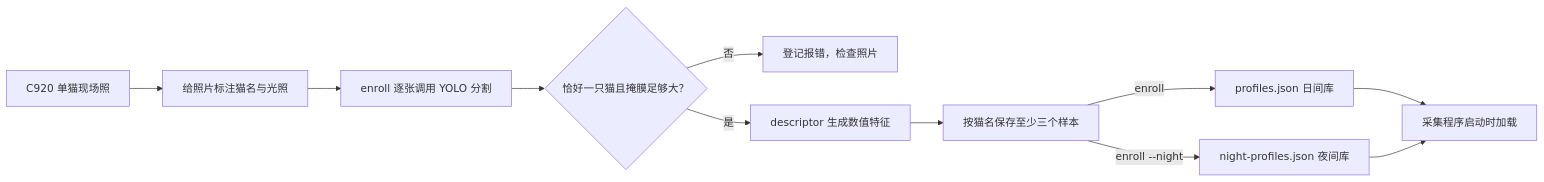
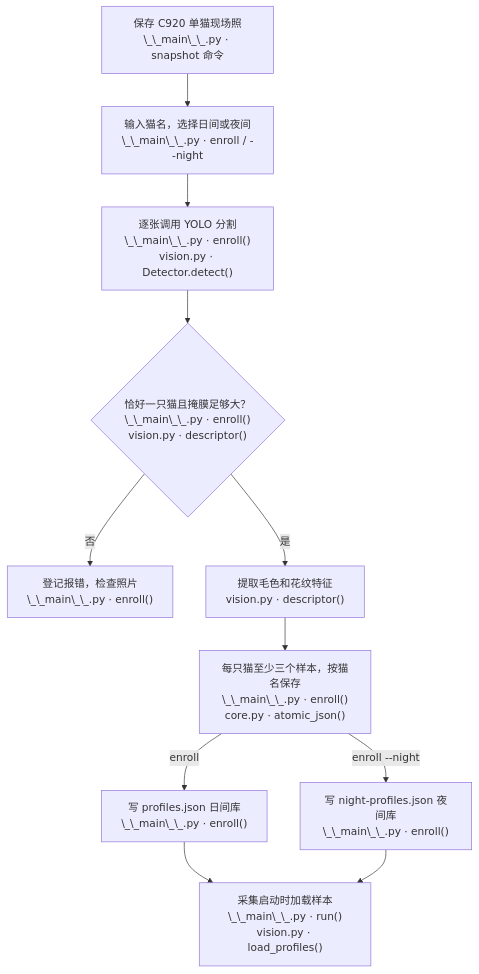
The third of 4 diagrams in docs/CODE_LEARNING_GUIDE.md (hygambler/double-cat-monitor), drawn with Mermaid before and after one commit. The commit also changed other lines of this file, not shown here.

Commit message:
docs: label workflow diagrams with Python files

````diff
--- a/docs/CODE_LEARNING_GUIDE.md
+++ b/docs/CODE_LEARNING_GUIDE.md
@@ -123,13 +126,13 @@
 ```mermaid
-flowchart LR
-    A["C920 单猫现场照"] --> B["给照片标注猫名与光照"]
-    B --> C["enroll 逐张调用 YOLO 分割"]
-    C --> D{"恰好一只猫且掩膜足够大？"}
-    D -->|"否"| E["登记报错，检查照片"]
-    D -->|"是"| F["descriptor 生成数值特征"]
-    F --> G["按猫名保存至少三个样本"]
-    G -->|"enroll"| H["profiles.json 日间库"]
-    G -->|"enroll --night"| I["night-profiles.json 夜间库"]
-    H --> J["采集程序启动时加载"]
+flowchart TD
+    A["保存 C920 单猫现场照<br/>\_\_main\_\_.py · snapshot 命令"] --> B["输入猫名，选择日间或夜间<br/>\_\_main\_\_.py · enroll / --night"]
+    B --> C["逐张调用 YOLO 分割<br/>\_\_main\_\_.py · enroll()<br/>vision.py · Detector.detect()"]
+    C --> D{"恰好一只猫且掩膜足够大？<br/>\_\_main\_\_.py · enroll()<br/>vision.py · descriptor()"}
+    D -->|"否"| E["登记报错，检查照片<br/>\_\_main\_\_.py · enroll()"]
+    D -->|"是"| F["提取毛色和花纹特征<br/>vision.py · descriptor()"]
+    F --> G["每只猫至少三个样本，按猫名保存<br/>\_\_main\_\_.py · enroll()<br/>core.py · atomic_json()"]
+    G -->|"enroll"| H["写 profiles.json 日间库<br/>\_\_main\_\_.py · enroll()"]
+    G -->|"enroll --night"| I["写 night-profiles.json 夜间库<br/>\_\_main\_\_.py · enroll()"]
+    H --> J["采集启动时加载样本<br/>\_\_main\_\_.py · run()<br/>vision.py · load_profiles()"]
     I --> J
 ```
````
